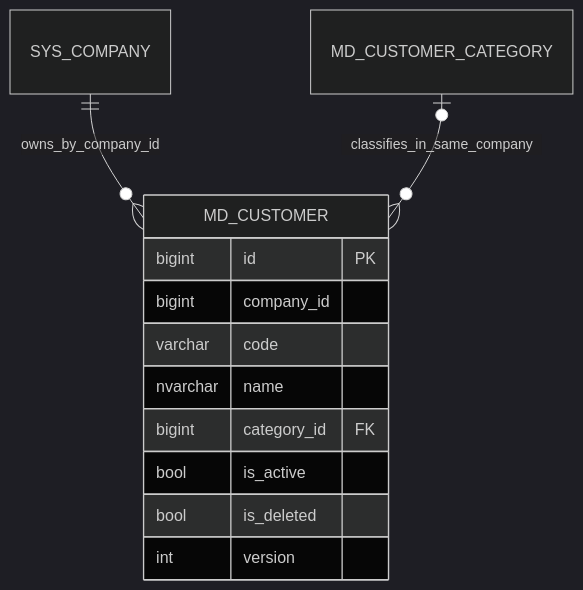
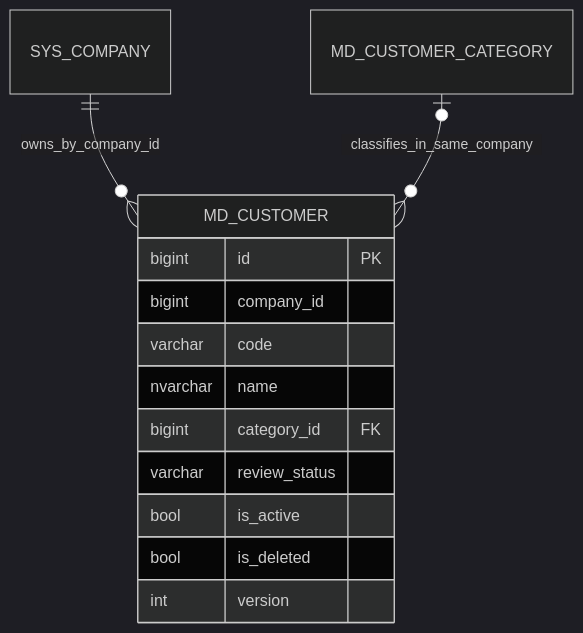
The third of 20 diagrams in docs/02-modules/MD/data-structure.md (snowwhite10/MyERP), drawn with Mermaid (dark theme) before and after one commit. The commit also changed other lines of this file and 38 other files, not shown here.

````diff
--- a/docs/02-modules/MD/data-structure.md
+++ b/docs/02-modules/MD/data-structure.md
@@ -42,15 +42,16 @@
 ```mermaid
 erDiagram
     SYS_COMPANY ||--o{ MD_CUSTOMER : owns_by_company_id
     MD_CUSTOMER_CATEGORY o|--o{ MD_CUSTOMER : classifies_in_same_company
     MD_CUSTOMER {
         bigint id PK
         bigint company_id
         varchar code
         nvarchar name
         bigint category_id FK
+        varchar review_status
         bool is_active
         bool is_deleted
         int version
     }
 ```
````
